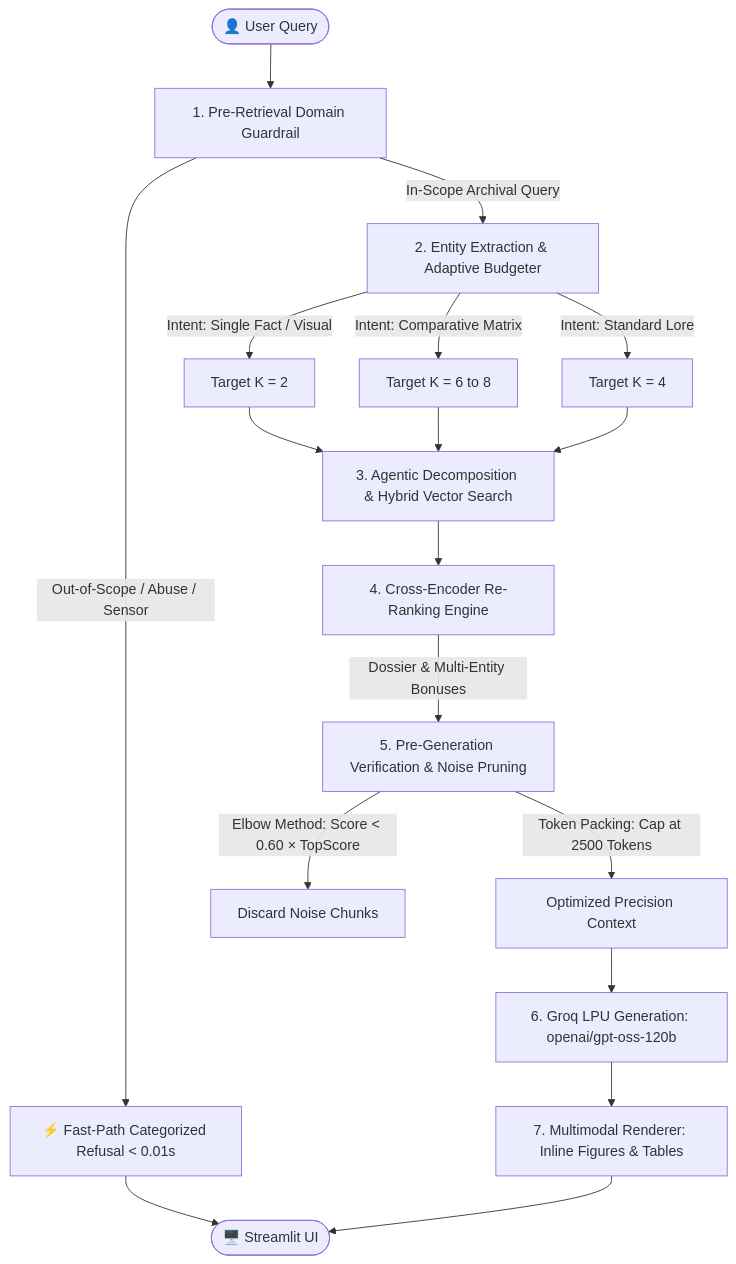
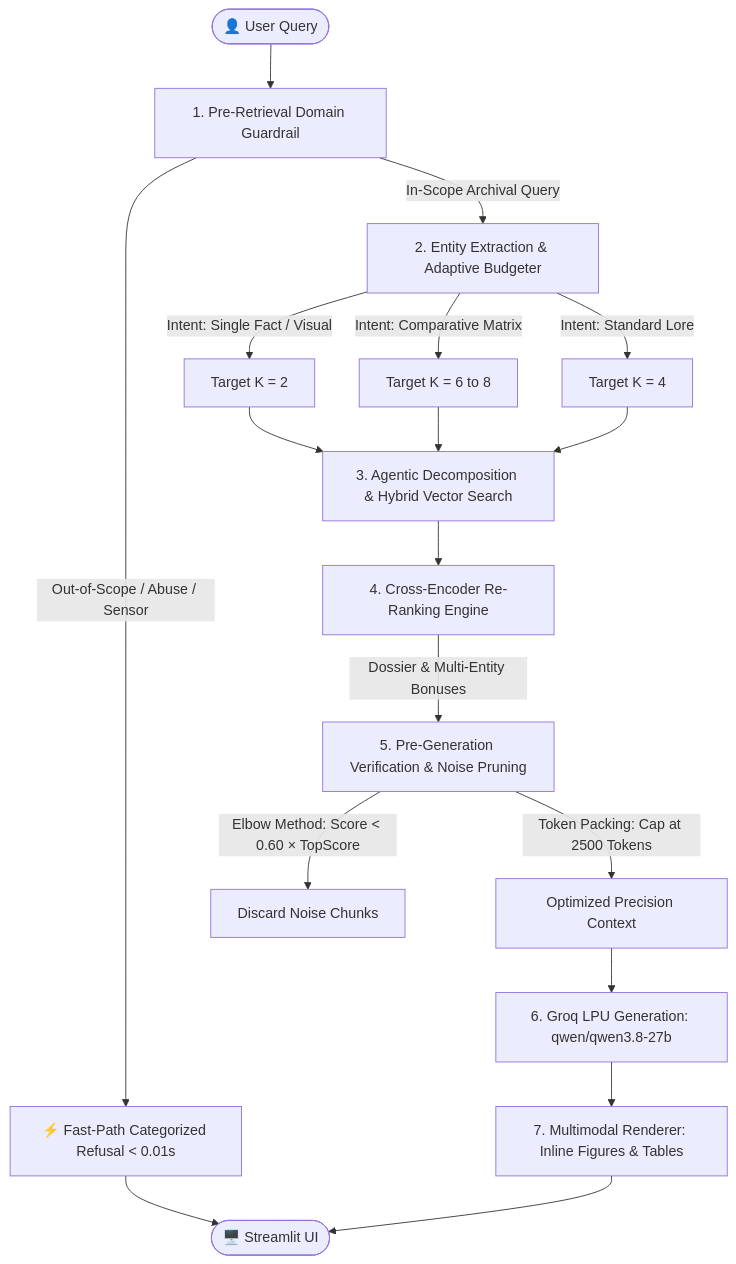
The diagram in README.md (IT25101463/DeepThink), drawn with Mermaid before and after one commit. The commit also changed other lines of this file and 11 other files, not shown here.

````diff
--- a/README.md
+++ b/README.md
@@ -40,27 +40,27 @@
 ```mermaid
 flowchart TD
     User([👤 User Query]) --> S1[1. Pre-Retrieval Domain Guardrail]
 
     S1 -->|Out-of-Scope / Abuse / Sensor| FastPath[⚡ Fast-Path Categorized Refusal < 0.01s]
     FastPath --> UI([🖥️ Streamlit UI])
 
     S1 -->|In-Scope Archival Query| S2[2. Entity Extraction & Adaptive Budgeter]
 
     S2 -->|Intent: Single Fact / Visual| K2[Target K = 2]
     S2 -->|Intent: Comparative Matrix| K6[Target K = 6 to 8]
     S2 -->|Intent: Standard Lore| K4[Target K = 4]
 
     K2 & K6 & K4 --> S3[3. Agentic Decomposition & Hybrid Vector Search]
 
     S3 --> S4[4. Cross-Encoder Re-Ranking Engine]
 
     S4 -->|Dossier & Multi-Entity Bonuses| S5[5. Pre-Generation Verification & Noise Pruning]
 
     S5 -->|Elbow Method: Score < 0.60 × TopScore| DropTrailing[Discard Noise Chunks]
     S5 -->|Token Packing: Cap at 2500 Tokens| PackContext[Optimized Precision Context]
 
-    PackContext --> S6[6. Groq LPU Generation: openai/gpt-oss-120b]
+    PackContext --> S6[6. Groq LPU Generation: qwen/qwen3.8-27b]
 
     S6 --> S7[7. Multimodal Renderer: Inline Figures & Tables]
     S7 --> UI
 ```
````
